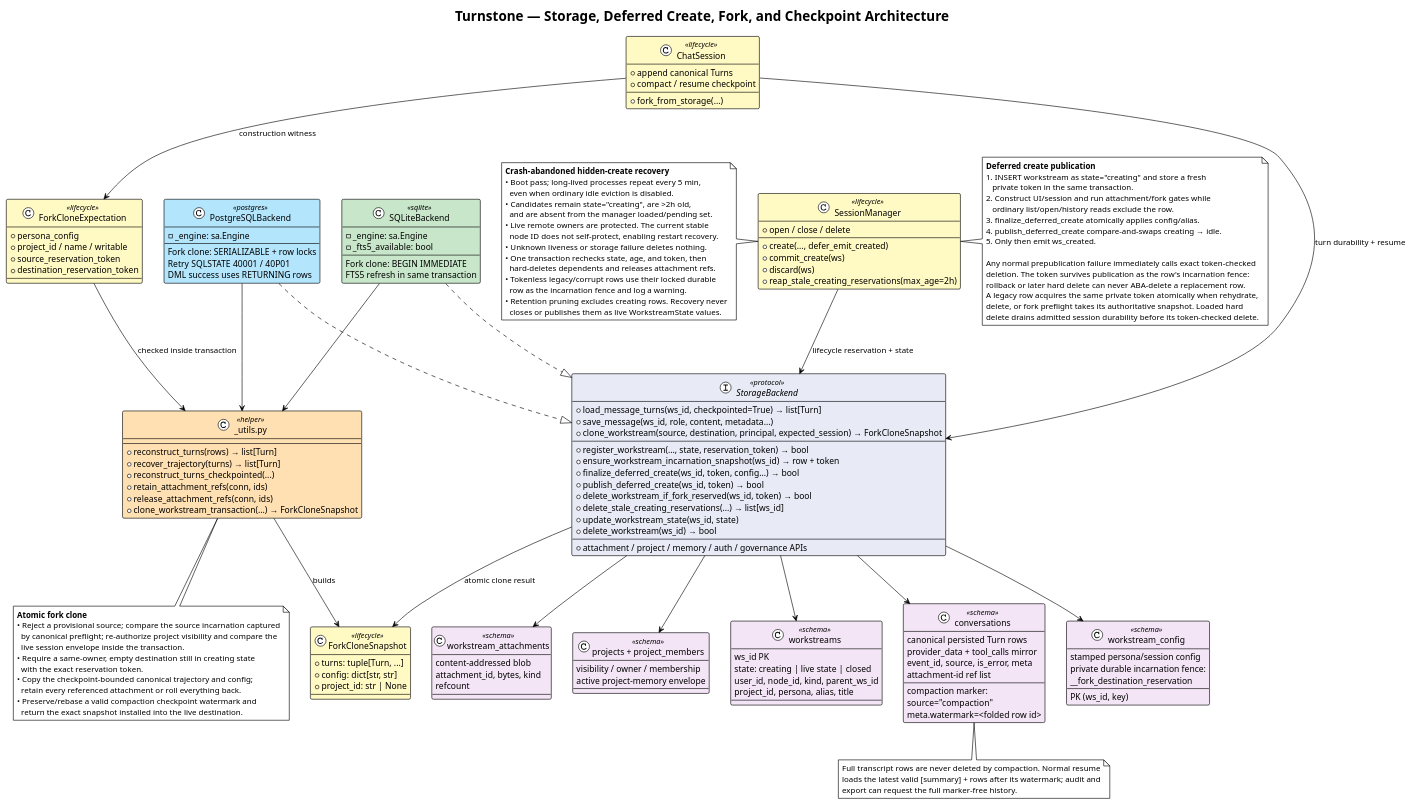
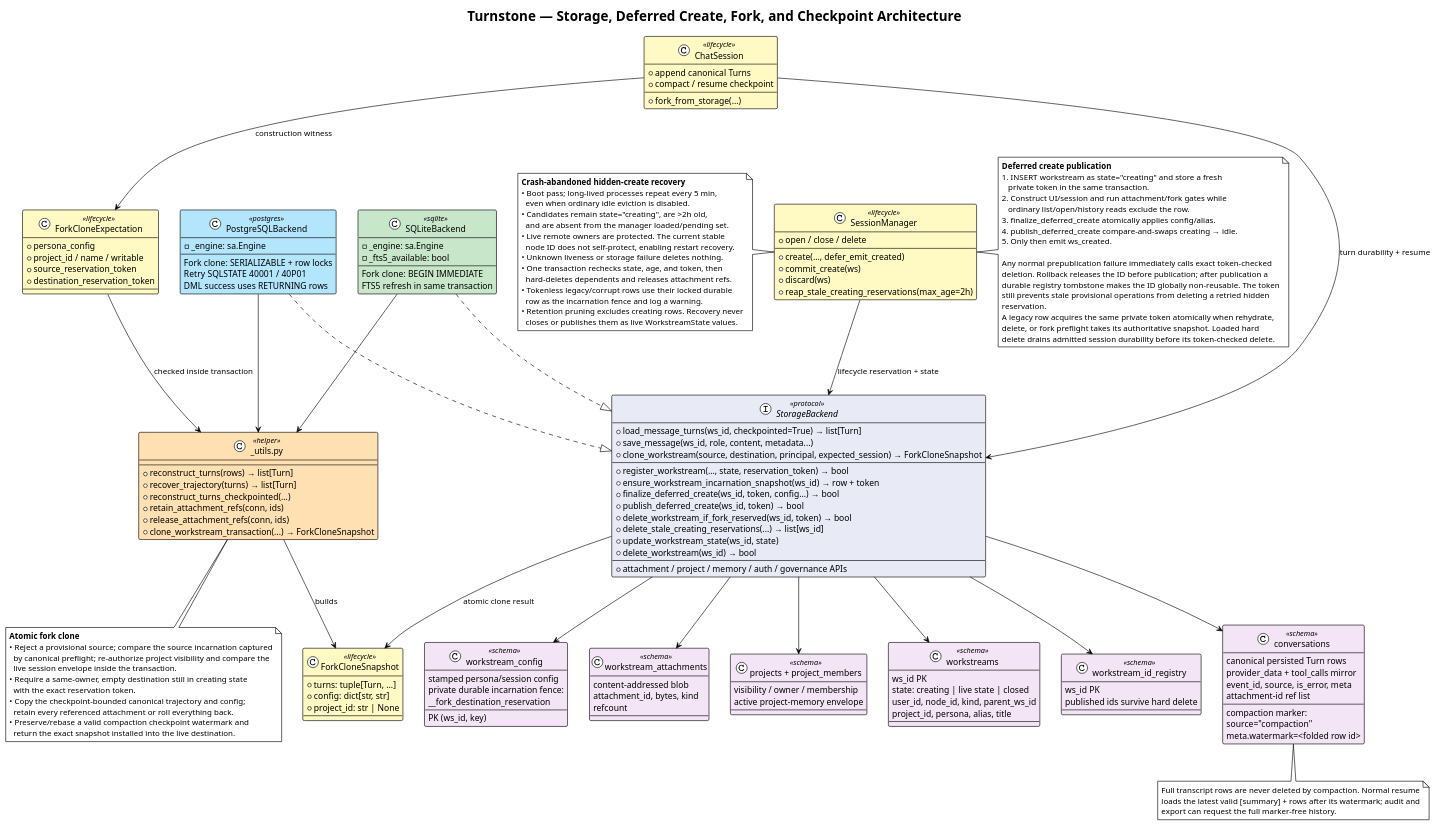
The diagram in docs/diagrams/14-storage-architecture.puml (turnstonelabs/turnstone), drawn with PlantUML before and after one commit. The commit also changed 121 other files, not shown here.

```diff
--- a/docs/diagrams/14-storage-architecture.puml
+++ b/docs/diagrams/14-storage-architecture.puml
@@ -1,191 +1,199 @@
 @startuml
 !theme plain
 title Turnstone — Storage, Deferred Create, Fork, and Checkpoint Architecture
 
 skinparam class {
     BackgroundColor<<protocol>> #E8EAF6
     BackgroundColor<<sqlite>> #C8E6C9
     BackgroundColor<<postgres>> #B3E5FC
     BackgroundColor<<lifecycle>> #FFF9C4
     BackgroundColor<<schema>> #F3E5F5
     BackgroundColor<<helper>> #FFE0B2
 }
 
 interface "StorageBackend" as Storage <<protocol>> {
     + load_message_turns(ws_id, checkpointed=True) → list[Turn]
     + save_message(ws_id, role, content, metadata...)
     + clone_workstream(source, destination, principal, expected_session) → ForkCloneSnapshot
     --
     + register_workstream(..., state, reservation_token) → bool
     + ensure_workstream_incarnation_snapshot(ws_id) → row + token
     + finalize_deferred_create(ws_id, token, config...) → bool
     + publish_deferred_create(ws_id, token) → bool
     + delete_workstream_if_fork_reserved(ws_id, token) → bool
     + delete_stale_creating_reservations(...) → list[ws_id]
     + update_workstream_state(ws_id, state)
     + delete_workstream(ws_id) → bool
     --
     + attachment / project / memory / auth / governance APIs
 }
 
 class "SQLiteBackend" as SQLite <<sqlite>> {
     - _engine: sa.Engine
     - _fts5_available: bool
     --
     Fork clone: BEGIN IMMEDIATE
     FTS5 refresh in same transaction
 }
 
 class "PostgreSQLBackend" as PG <<postgres>> {
     - _engine: sa.Engine
     --
     Fork clone: SERIALIZABLE + row locks
     Retry SQLSTATE 40001 / 40P01
     DML success uses RETURNING rows
 }
 
 class "_utils.py" as Utils <<helper>> {
     + reconstruct_turns(rows) → list[Turn]
     + recover_trajectory(turns) → list[Turn]
     + reconstruct_turns_checkpointed(...)
     + retain_attachment_refs(conn, ids)
     + release_attachment_refs(conn, ids)
     + clone_workstream_transaction(...) → ForkCloneSnapshot
 }
 
 class "ForkCloneExpectation" as Expectation <<lifecycle>> {
     + persona_config
     + project_id / name / writable
     + source_reservation_token
     + destination_reservation_token
 }
 
 class "ForkCloneSnapshot" as Snapshot <<lifecycle>> {
     + turns: tuple[Turn, ...]
     + config: dict[str, str]
     + project_id: str | None
 }
 
 class "workstreams" as Workstreams <<schema>> {
     ws_id PK
     state: creating | live state | closed
     user_id, node_id, kind, parent_ws_id
     project_id, persona, alias, title
 }
 
+class "workstream_id_registry" as WorkstreamIds <<schema>> {
+    ws_id PK
+    published ids survive hard delete
+}
+
 class "conversations" as Conversations <<schema>> {
     canonical persisted Turn rows
     provider_data + tool_calls mirror
     event_id, source, is_error, meta
     attachment-id ref list
     --
     compaction marker:
     source="compaction"
     meta.watermark=<folded row id>
 }
 
 class "workstream_config" as WorkstreamConfig <<schema>> {
     PK (ws_id, key)
     stamped persona/session config
     private durable incarnation fence:
     __fork_destination_reservation
 }
 
 class "workstream_attachments" as Attachments <<schema>> {
     content-addressed blob
     attachment_id, bytes, kind
     refcount
 }
 
 class "projects + project_members" as Projects <<schema>> {
     visibility / owner / membership
     active project-memory envelope
 }
 
 class "SessionManager" as Manager <<lifecycle>> {
     + create(..., defer_emit_created)
     + commit_create(ws)
     + discard(ws)
     + reap_stale_creating_reservations(max_age=2h)
     + open / close / delete
 }
 
 class "ChatSession" as Session <<lifecycle>> {
     + append canonical Turns
     + compact / resume checkpoint
     + fork_from_storage(...)
 }
 
 SQLite ..|> Storage
 PG ..|> Storage
 SQLite --> Utils
 PG --> Utils
 
 Storage --> Workstreams
+Storage --> WorkstreamIds
 Storage --> Conversations
 Storage --> WorkstreamConfig
 Storage --> Attachments
 Storage --> Projects
 
 Manager --> Storage : lifecycle reservation + state
 Session --> Storage : turn durability + resume
 Session --> Expectation : construction witness
 Storage --> Snapshot : atomic clone result
 Expectation --> Utils : checked inside transaction
 Utils --> Snapshot : builds
 
 note right of Manager
   **Deferred create publication**
   1. INSERT workstream as state="creating" and store a fresh
      private token in the same transaction.
   2. Construct UI/session and run attachment/fork gates while
      ordinary list/open/history reads exclude the row.
   3. finalize_deferred_create atomically applies config/alias.
   4. publish_deferred_create compare-and-swaps creating → idle.
   5. Only then emit ws_created.
 
   Any normal prepublication failure immediately calls exact token-checked
-  deletion. The token survives publication as the row's incarnation fence:
-  rollback or later hard delete can never ABA-delete a replacement row.
+  deletion. Rollback releases the ID before publication; after publication a
+  durable registry tombstone makes the ID globally non-reusable. The token
+  still prevents stale provisional operations from deleting a retried hidden
+  reservation.
   A legacy row acquires the same private token atomically when rehydrate,
   delete, or fork preflight takes its authoritative snapshot. Loaded hard
   delete drains admitted session durability before its token-checked delete.
 end note
 
 note left of Manager
   **Crash-abandoned hidden-create recovery**
   • Boot pass; long-lived processes repeat every 5 min,
     even when ordinary idle eviction is disabled.
   • Candidates remain state="creating", are >2h old,
     and are absent from the manager loaded/pending set.
   • Live remote owners are protected. The current stable
     node ID does not self-protect, enabling restart recovery.
   • Unknown liveness or storage failure deletes nothing.
   • One transaction rechecks state, age, and token, then
     hard-deletes dependents and releases attachment refs.
   • Tokenless legacy/corrupt rows use their locked durable
     row as the incarnation fence and log a warning.
   • Retention pruning excludes creating rows. Recovery never
     closes or publishes them as live WorkstreamState values.
 end note
 
 note bottom of Utils
   **Atomic fork clone**
   • Reject a provisional source; compare the source incarnation captured
     by canonical preflight; re-authorize project visibility and compare the
     live session envelope inside the transaction.
   • Require a same-owner, empty destination still in creating state
     with the exact reservation token.
   • Copy the checkpoint-bounded canonical trajectory and config;
     retain every referenced attachment or roll everything back.
   • Preserve/rebase a valid compaction checkpoint watermark and
     return the exact snapshot installed into the live destination.
 end note
 
 note bottom of Conversations
   Full transcript rows are never deleted by compaction. Normal resume
   loads the latest valid [summary] + rows after its watermark; audit and
   export can request the full marker-free history.
 end note
 
 @enduml
```
